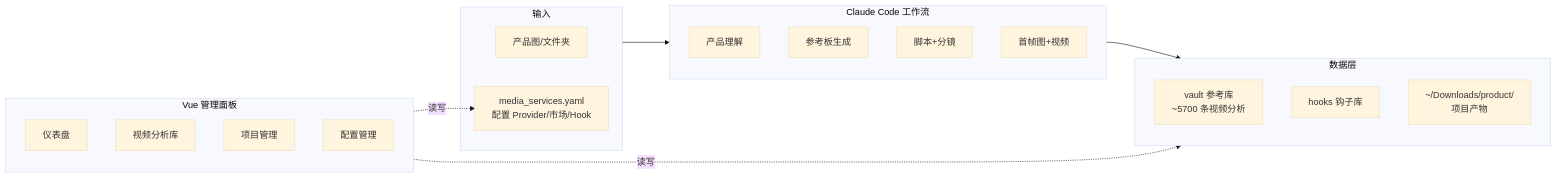
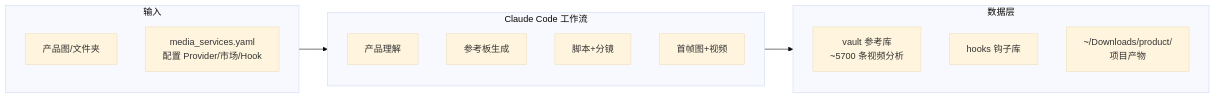
Before and after one commit to shukeCyp/shuke_product: the second of 4 diagrams in README.md, drawn with Mermaid (base theme). The commit also changed other lines of this file, not shown here.

Commit message:
更新 README：移除 frontend 引用，流程图移至文末

````diff
--- a/README.md
+++ b/README.md
@@ -29,31 +160,22 @@
 ```mermaid
 flowchart LR
     subgraph IN["输入"]
         A1["产品图/文件夹"]
         A2["media_services.yaml<br/>配置 Provider/市场/Hook"]
     end
 
     subgraph PIPE["Claude Code 工作流"]
         B1["产品理解"]
         B2["参考板生成"]
         B3["脚本+分镜"]
         B4["首帧图+视频"]
     end
 
     subgraph DATA["数据层"]
         C1["vault 参考库<br/>~5700 条视频分析"]
         C2["hooks 钩子库"]
         C3["~/Downloads/product/<br/>项目产物"]
     end
 
-    subgraph UI["Vue 管理面板"]
-        D1["仪表盘"]
-        D2["视频分析库"]
-        D3["项目管理"]
-        D4["配置管理"]
-    end
-
     IN --> PIPE --> DATA
-    UI -.->|读写| DATA
-    UI -.->|读写| A2
 ```
````
